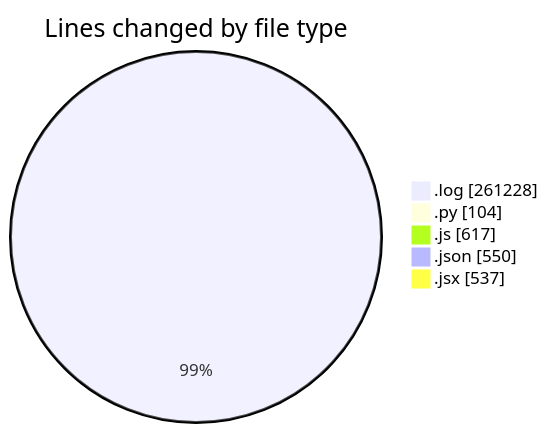
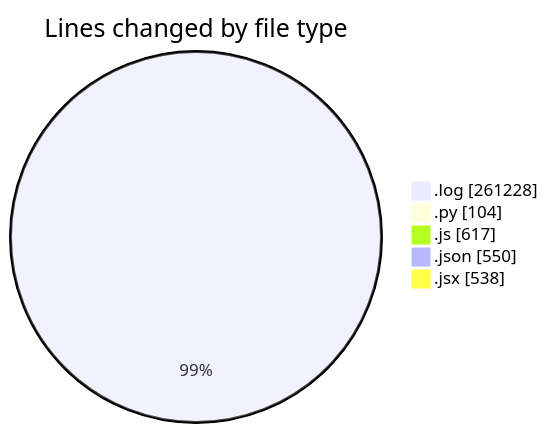
Before and after one commit to nxtqubesakshisongat/code-tracking: the first of 2 diagrams in 2025-04-10/nxtqube_webapp/README.md, drawn with Mermaid. The commit also changed other lines of this file and 1 other file, not shown here.

````diff
--- a/2025-04-10/nxtqube_webapp/README.md
+++ b/2025-04-10/nxtqube_webapp/README.md
@@ -24,9 +24,9 @@
 ```mermaid
 pie showData
 title Lines changed by file type
 ".log" : 261228
 ".py" : 104
 ".js" : 617
 ".json" : 550
-".jsx" : 537
+".jsx" : 538
 ```
````
